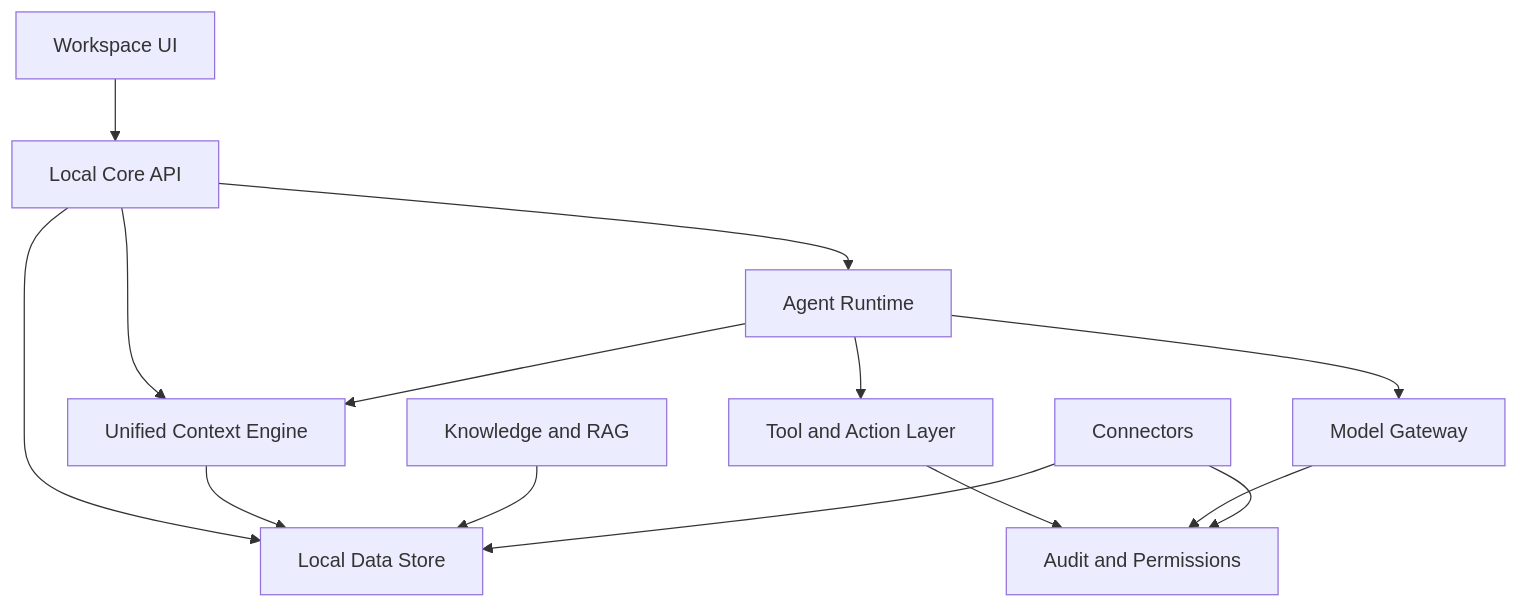
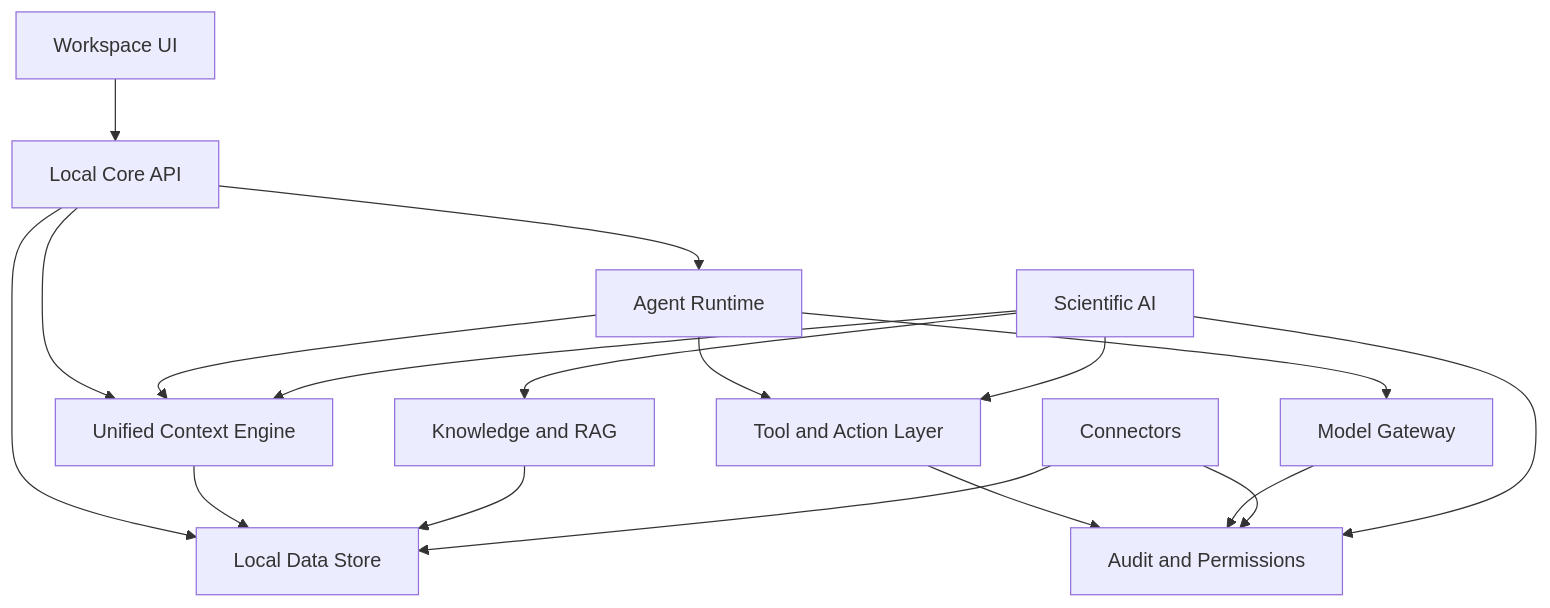
One commit to awais-akhtar/OpenAgent changed the diagram in docs/ARCHITECTURE.md. Above: the diagram before and after it, drawn with Mermaid. The commit also changed other lines of this file and 65 other files, not shown here.

````diff
--- a/docs/ARCHITECTURE.md
+++ b/docs/ARCHITECTURE.md
@@ -5,27 +5,32 @@
 ```mermaid
 flowchart TB
   UI["Workspace UI"]
   API["Local Core API"]
   Context["Unified Context Engine"]
   Store["Local Data Store"]
   Agents["Agent Runtime"]
   Tools["Tool and Action Layer"]
   Models["Model Gateway"]
   Knowledge["Knowledge and RAG"]
   Connectors["Connectors"]
   Audit["Audit and Permissions"]
 
   UI --> API
   API --> Context
   API --> Agents
   API --> Store
   Context --> Store
   Agents --> Context
   Agents --> Tools
   Agents --> Models
   Knowledge --> Store
   Connectors --> Store
   Tools --> Audit
   Models --> Audit
   Connectors --> Audit
+  Science[Scientific AI]
+  Science --> Context
+  Science --> Tools
+  Science --> Knowledge
+  Science --> Audit
 ```
````
